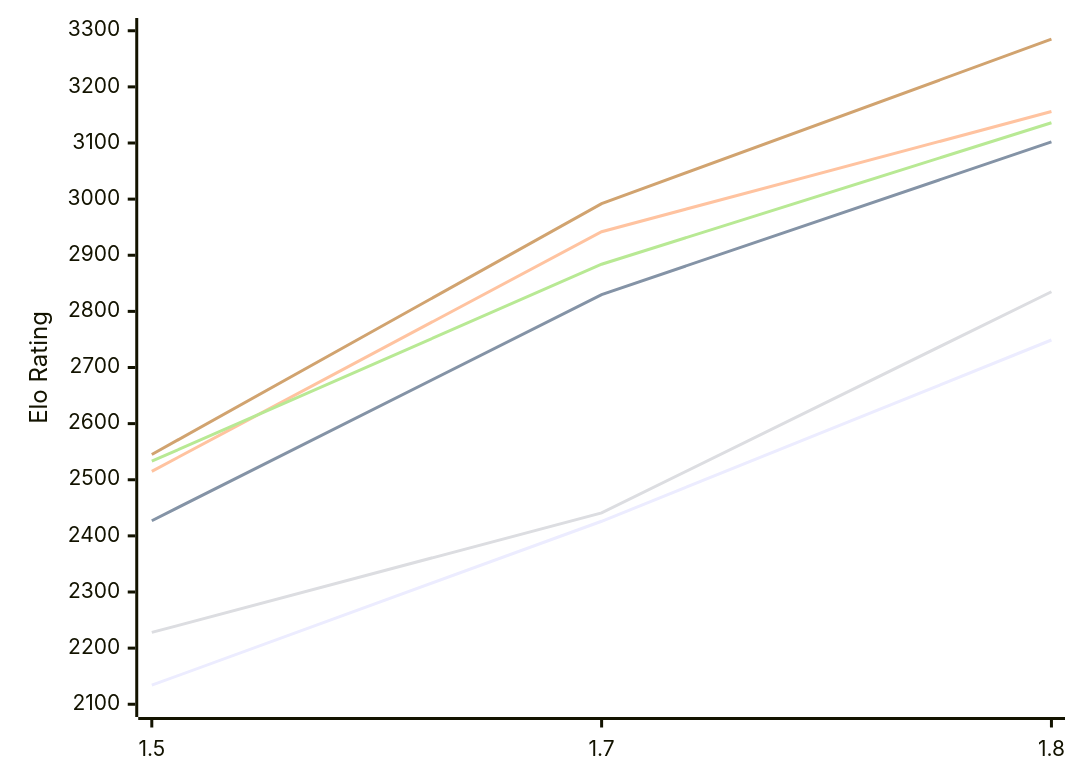
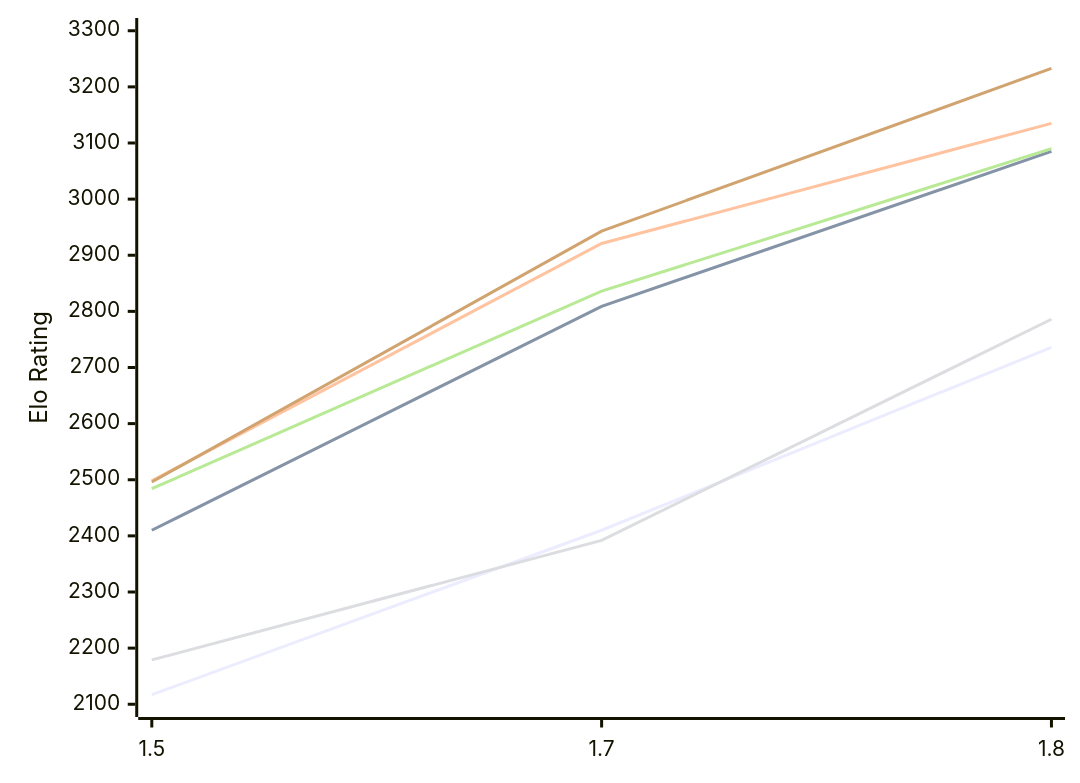
The first of 2 diagrams in engines/Facon.md (computer-chess-index/cci), drawn with Mermaid before and after one commit. The commit also changed other lines of this file, not shown here.

Commit message:
Update CCI Ratings (ELO VLTC) - 2026-11-08

````diff
--- a/engines/Facon.md
+++ b/engines/Facon.md
@@ -54,12 +54,12 @@
 ```mermaid
 %%{init: {"theme":"base","themeVariables":{"seriesColors:['#a3a3a3','#222221','#faa371']}}}%%
 xychart-beta
   x-axis ["1.5", "1.7", "1.8"]
   y-axis "Elo Rating" 2100 --> 3300
-  line "E1: STC (8.0+0.08s)" [2134, 2426, 2749]
-  line "E1: LTC (60.0+0.60s)" [2427, 2830, 3102]
-  line "E1: VLTC (2m24s+1.12s)" [2515, 2942, 3156]
-  line "P1: STC (8.0+0.08s)" [2228, 2441, 2835]
-  line "P1: LTC (60.0+0.60s)" [2533, 2884, 3136]
-  line "P1: VLTC (2m24s+1.12s)" [2545, 2992, 3285]
+  line "E1: STC (8.0+0.08s)" [2117, 2410, 2736]
+  line "E1: LTC (60.0+0.60s)" [2410, 2809, 3085]
+  line "E1: VLTC (2m24s+1.12s)" [2498, 2921, 3135]
+  line "P1: STC (8.0+0.08s)" [2179, 2392, 2786]
+  line "P1: LTC (60.0+0.60s)" [2484, 2836, 3090]
+  line "P1: VLTC (2m24s+1.12s)" [2496, 2943, 3233]
 ```
````
